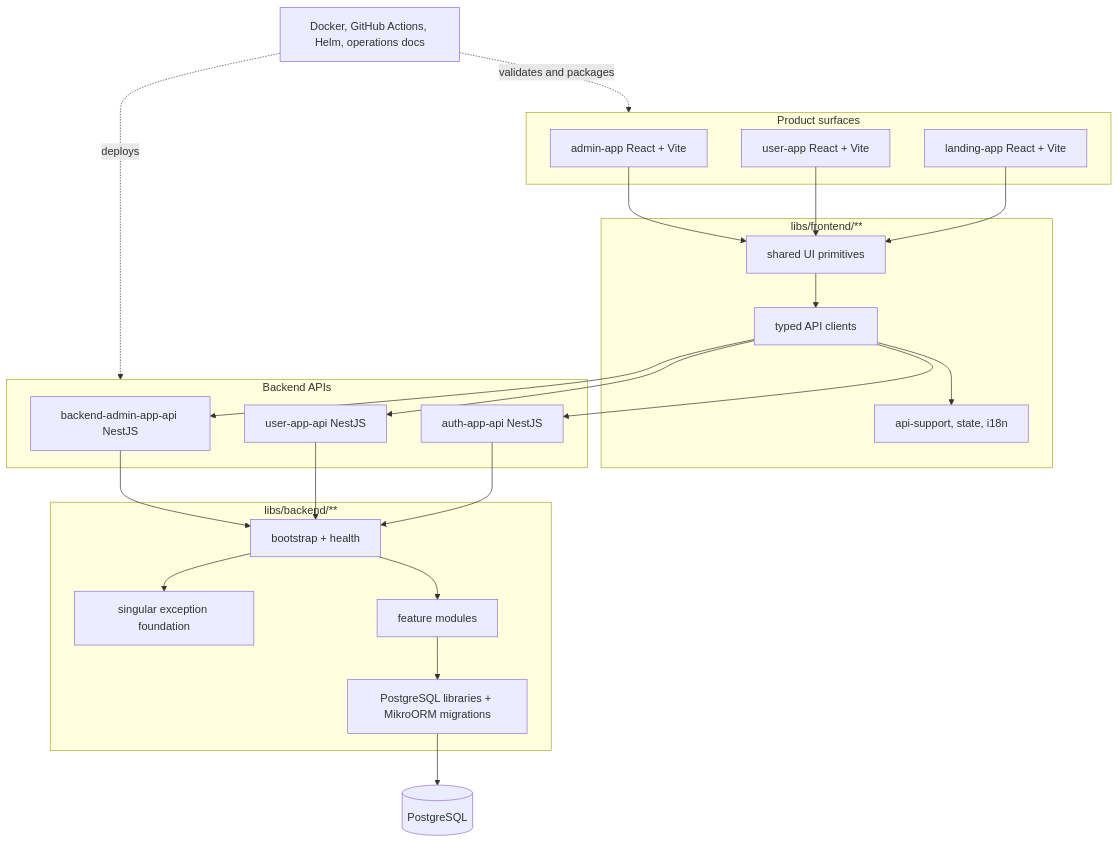
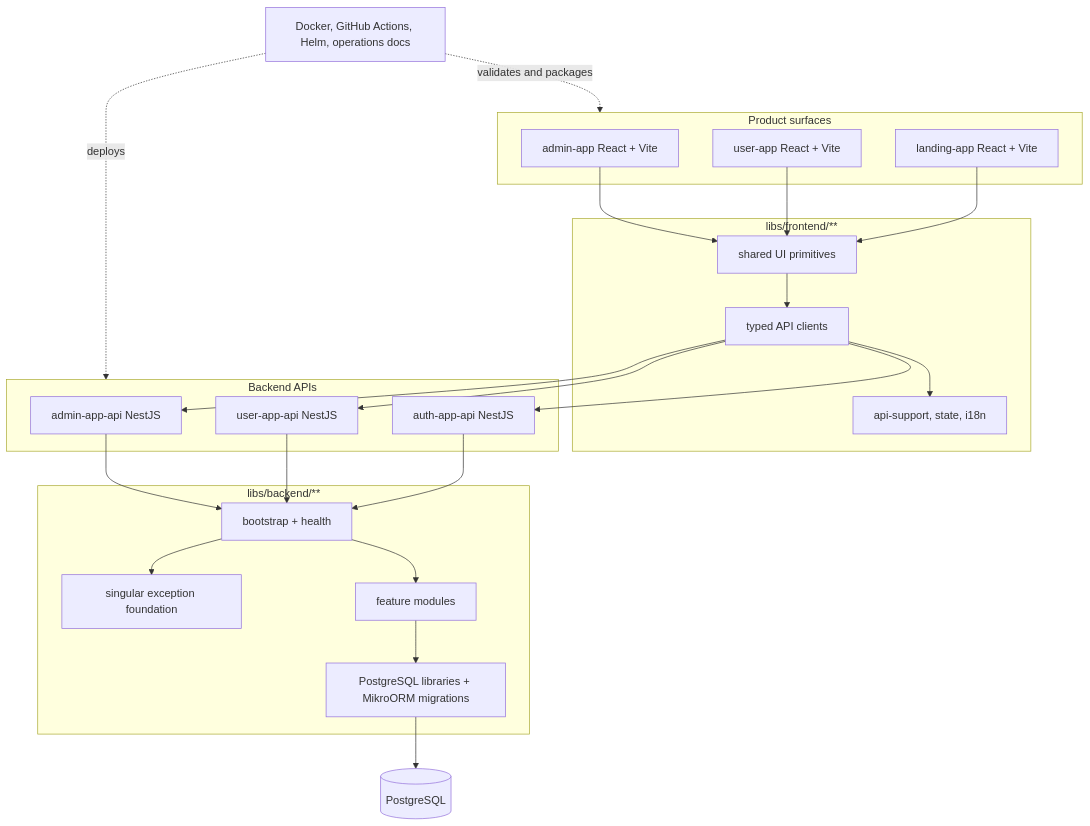
Before and after one commit to nmime/nest-react-boilerplate: the diagram in README.md, drawn with Mermaid. The commit also changed other lines of this file and 29 other files, not shown here.

Commit message:
Rename admin API project to admin-app-api

````diff
--- a/README.md
+++ b/README.md
@@ -7,44 +7,44 @@
 ```mermaid
 flowchart TB
   subgraph Product["Product surfaces"]
     Admin["admin-app React + Vite"]
     User["user-app React + Vite"]
     Landing["landing-app React + Vite"]
   end
   subgraph Frontend["libs/frontend/**"]
     UI["shared UI primitives"]
     Client["typed API clients"]
     Support["api-support, state, i18n"]
   end
   subgraph APIs["Backend APIs"]
-    AdminApi["backend-admin-app-api NestJS"]
+    AdminApi["admin-app-api NestJS"]
     UserApi["user-app-api NestJS"]
     AuthApi["auth-app-api NestJS"]
   end
   subgraph Backend["libs/backend/**"]
     Bootstrap["bootstrap + health"]
     Exception["singular exception foundation"]
     Features["feature modules"]
     Postgres["PostgreSQL libraries + MikroORM migrations"]
   end
   Data[(PostgreSQL)]
   Ops["Docker, GitHub Actions, Helm, operations docs"]
 
   Admin --> UI
   User --> UI
   Landing --> UI
   UI --> Client
   Client --> Support
   Client --> AdminApi
   Client --> UserApi
   Client --> AuthApi
   AdminApi --> Bootstrap
   UserApi --> Bootstrap
   AuthApi --> Bootstrap
   Bootstrap --> Exception
   Bootstrap --> Features
   Features --> Postgres
   Postgres --> Data
   Ops -. "validates and packages" .-> Product
   Ops -. "deploys" .-> APIs
 ```
````
